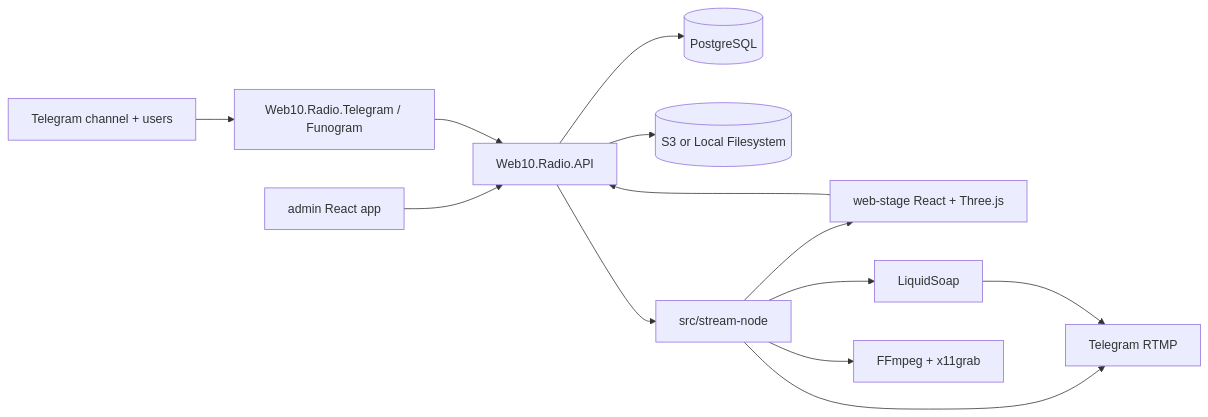
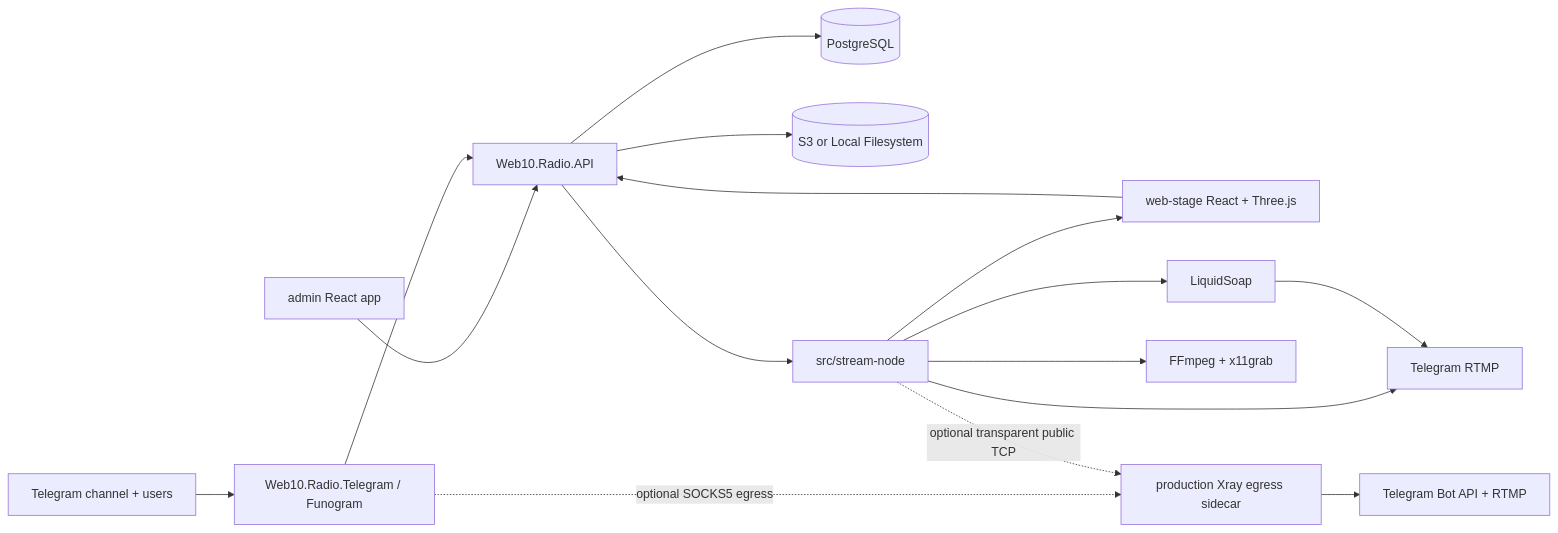
The diagram in docs/SPEC.md (Keroosha/better-web10-radio), drawn with Mermaid before and after one commit. The commit also changed other lines of this file and 11 other files, not shown here.

First line of the commit message:
Add optional Xray egress proxy for production deployments

````diff
--- a/docs/SPEC.md
+++ b/docs/SPEC.md
@@ -51,15 +51,18 @@
 ```mermaid
 flowchart LR
   TG[Telegram channel + users] --> Bot[Web10.Radio.Telegram / Funogram]
   Admin[admin React app] --> API[Web10.Radio.API]
   Stage[web-stage React + Three.js] --> API
   Bot --> API
   API --> DB[(PostgreSQL)]
   API --> Storage[(S3 or Local Filesystem)]
   API --> StreamNode[src/stream-node]
   StreamNode --> Stage
   StreamNode --> LS[LiquidSoap]
   StreamNode --> FFmpeg[FFmpeg + x11grab]
   StreamNode --> RTMP[Telegram RTMP]
   LS --> RTMP
+  Bot -. optional SOCKS5 egress .-> Xray[production Xray egress sidecar]
+  StreamNode -. optional transparent public TCP .-> Xray
+  Xray --> TelegramEgress[Telegram Bot API + RTMP]
 ```
````
